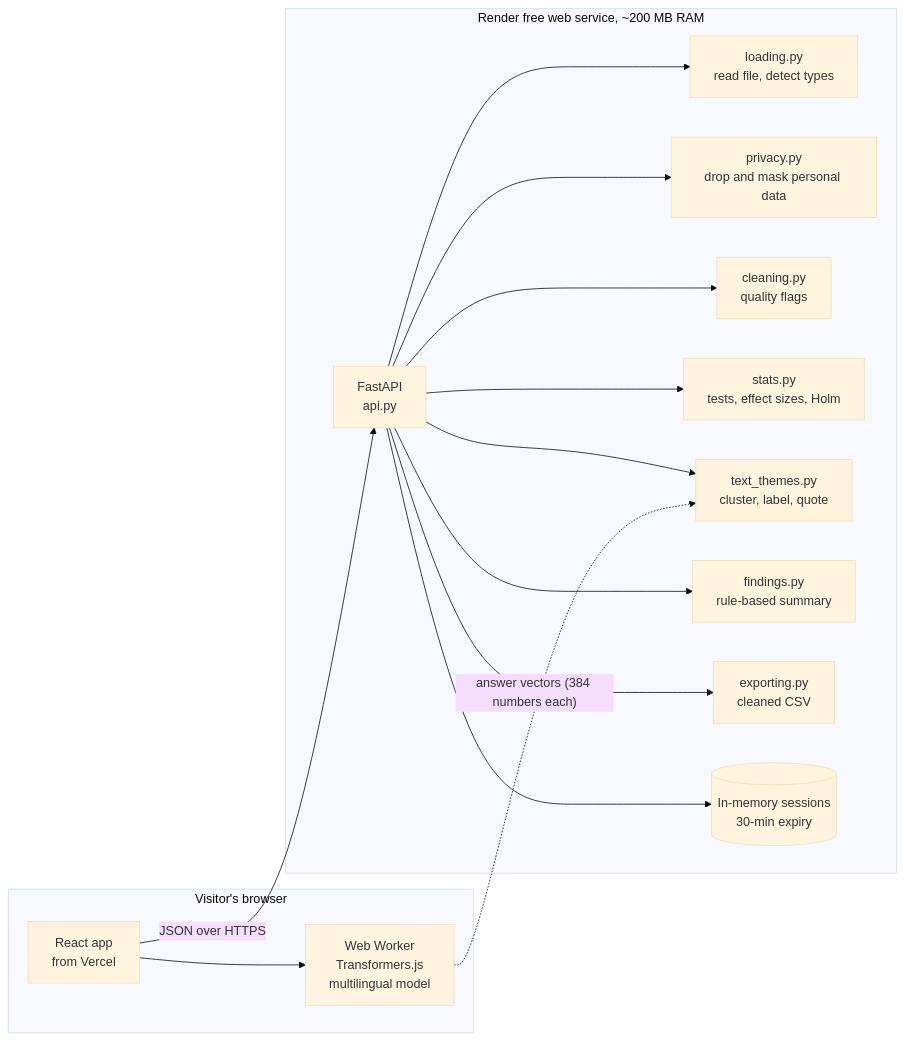
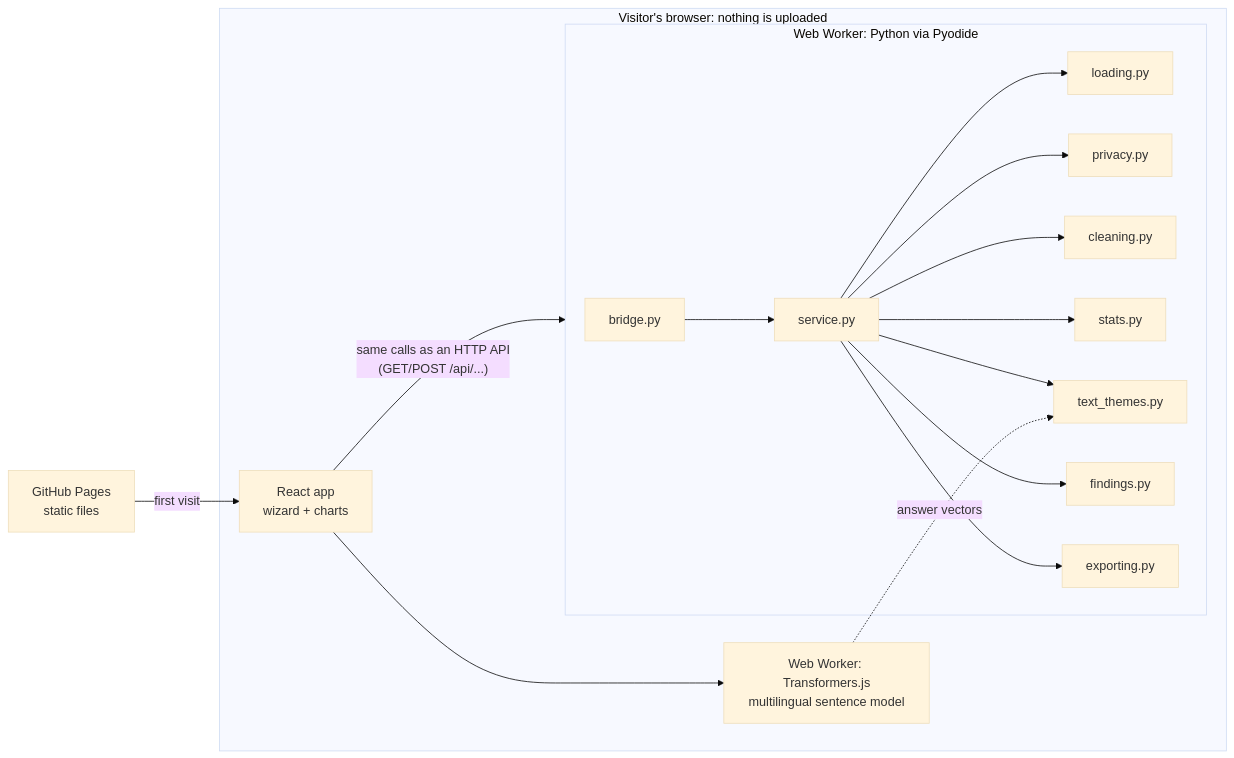
One commit to veevedzee/survey-insight changed the first of 2 diagrams in README.md. Above: the diagram before and after it, drawn with Mermaid (base theme). The commit also changed other lines of this file and 24 other files, not shown here.

First line of the commit message:
Run the whole analysis in the browser; host on GitHub Pages

````diff
--- a/README.md
+++ b/README.md
@@ -71,19 +74,15 @@
 ```mermaid
 flowchart LR
-    subgraph B[Visitor's browser]
-        UI[React app<br/>from Vercel] --> W[Web Worker<br/>Transformers.js<br/>multilingual model]
+    GH[GitHub Pages<br/>static files] -->|first visit| UI
+
+    subgraph B[Visitor's browser: nothing is uploaded]
+        UI[React app<br/>wizard + charts] -->|"same calls as an HTTP API<br/>(GET/POST /api/...)"| PW
+        UI --> EW
+        subgraph PW[Web Worker: Python via Pyodide]
+            BR[bridge.py] --> SV[service.py]
+            SV --> L[loading.py] & P[privacy.py] & C[cleaning.py]
+            SV --> S[stats.py] & T[text_themes.py] & F[findings.py] & E[exporting.py]
+        end
+        EW[Web Worker: Transformers.js<br/>multilingual sentence model] -. "answer vectors" .-> T
     end
-    UI -->|JSON over HTTPS| A
-
-    subgraph R[Render free web service, ~200 MB RAM]
-        A[FastAPI<br/>api.py] --> L[loading.py<br/>read file, detect types]
-        A --> P[privacy.py<br/>drop and mask personal data]
-        A --> C[cleaning.py<br/>quality flags]
-        A --> S[stats.py<br/>tests, effect sizes, Holm]
-        A --> T[text_themes.py<br/>cluster, label, quote]
-        A --> F[findings.py<br/>rule-based summary]
-        A --> E[exporting.py<br/>cleaned CSV]
-        A --> M[(In-memory sessions<br/>30-min expiry)]
-    end
-    W -. "answer vectors (384 numbers each)" .-> T
 ```
````
